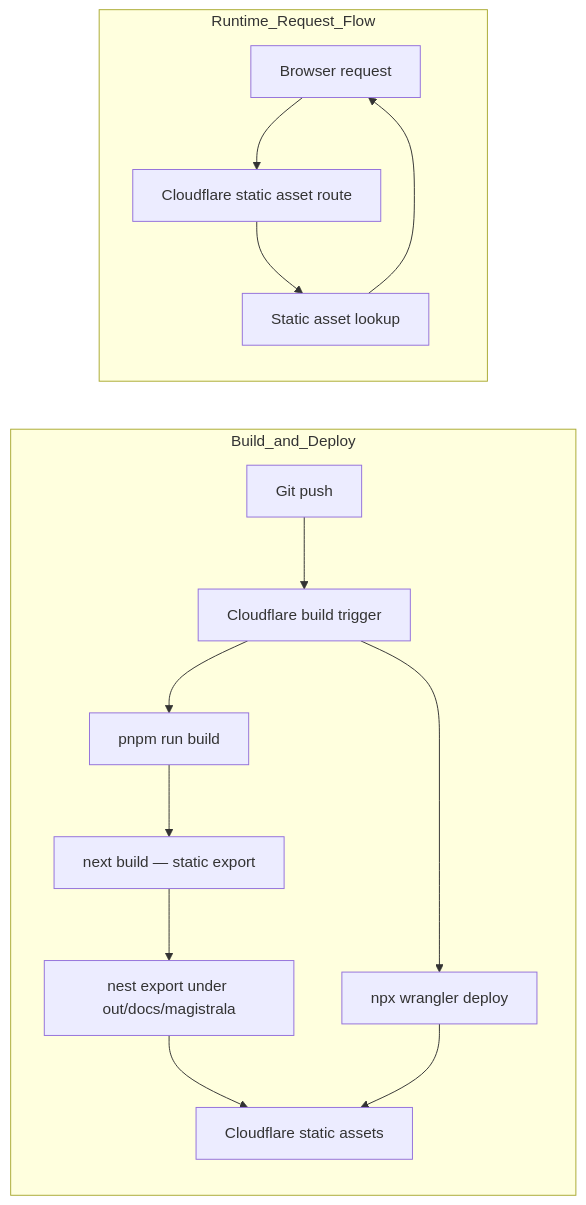
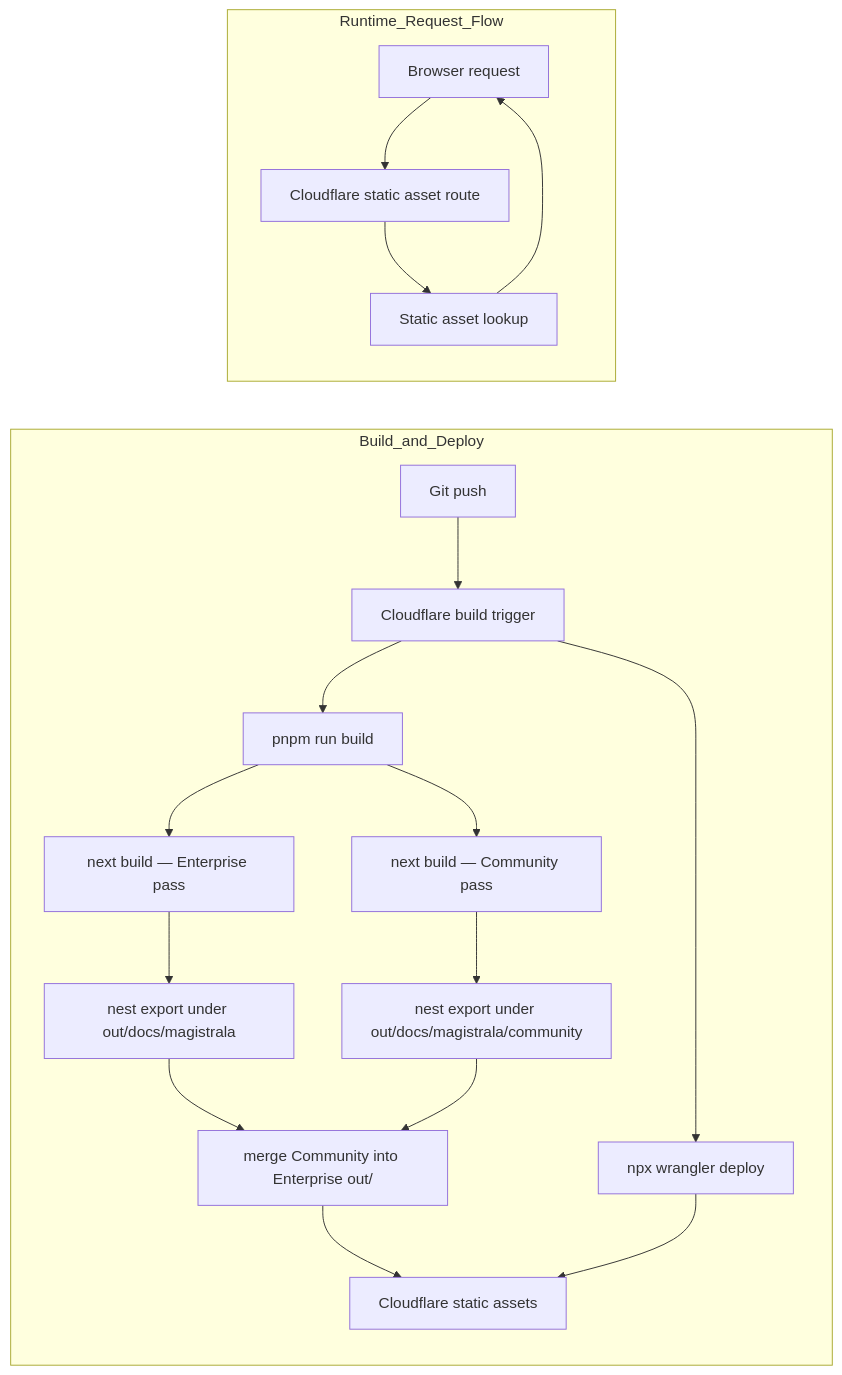
One commit to absmach/magistrala-docs changed the diagram in README.md. Above: the diagram before and after it, drawn with Mermaid. The commit also changed other lines of this file and 19 other files, not shown here.

First line of the commit message:
Split latest docs into Community and Enterprise editions (#163)

````diff
--- a/README.md
+++ b/README.md
@@ -34,18 +45,22 @@
 ```mermaid
 flowchart LR
   subgraph Build_and_Deploy
     A[Git push] --> B[Cloudflare build trigger]
     B --> C[pnpm run build]
-    C --> D[next build — static export]
-    D --> E[nest export under out/docs/magistrala]
+    C --> D1[next build — Enterprise pass]
+    D1 --> E1[nest export under out/docs/magistrala]
+    C --> D2[next build — Community pass]
+    D2 --> E2[nest export under out/docs/magistrala/community]
+    E1 --> M[merge Community into Enterprise out/]
+    E2 --> M
     B --> F[npx wrangler deploy]
-    E --> G[Cloudflare static assets]
+    M --> G[Cloudflare static assets]
     F --> G
   end
 
   subgraph Runtime_Request_Flow
     U[Browser request] --> H[Cloudflare static asset route]
     H --> J[Static asset lookup]
     J --> U
   end
 ```
````
